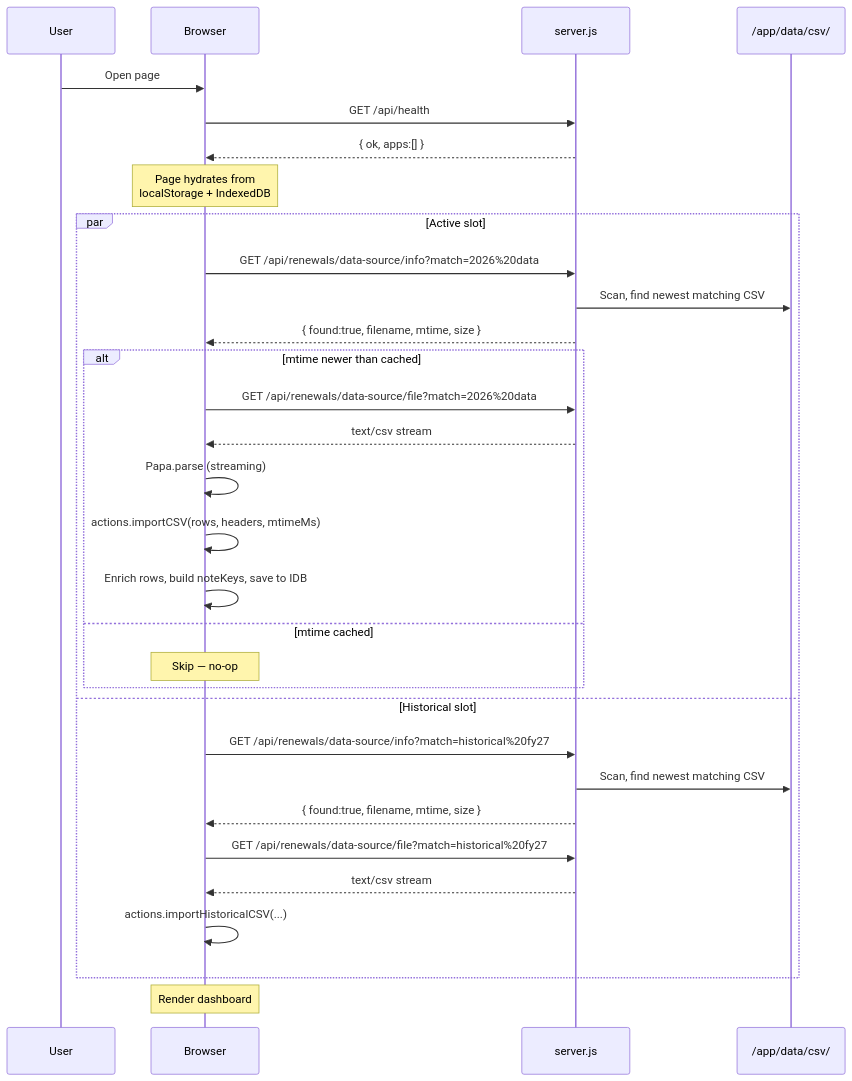
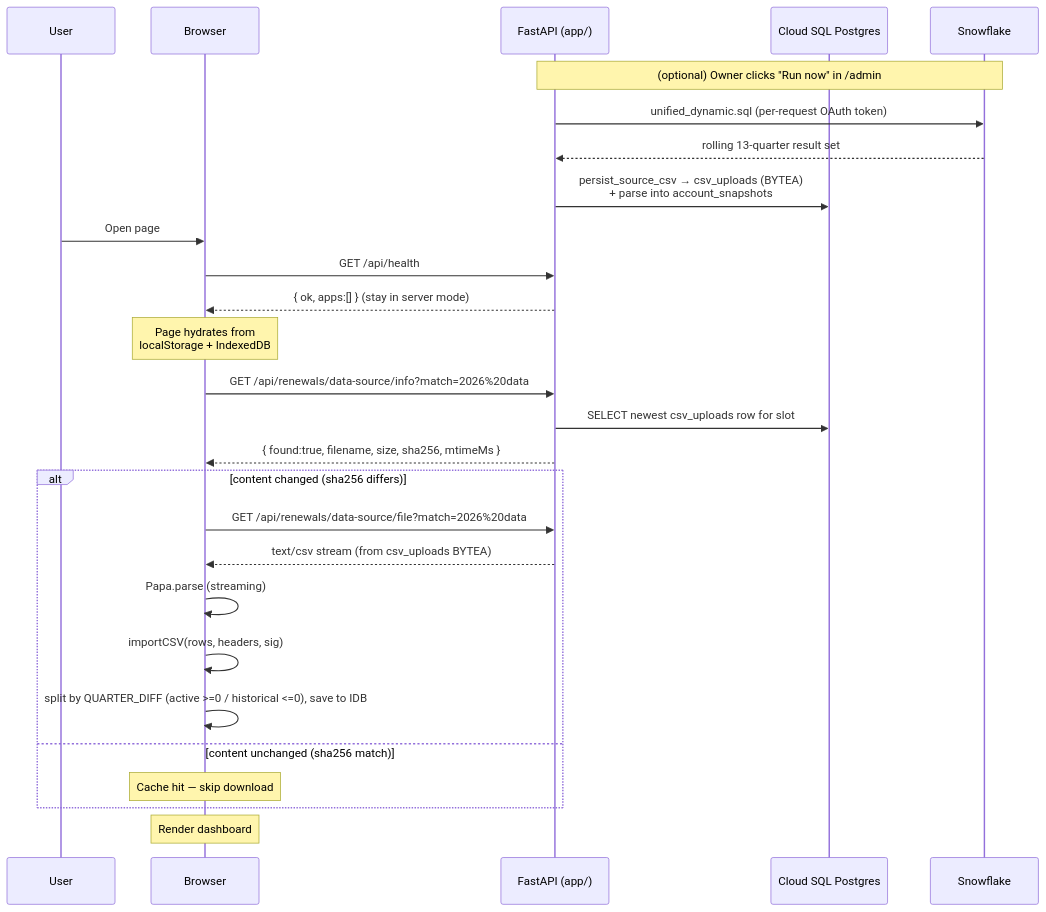
The sixth of 9 diagrams in CAPABILITIES.md (bryanrossello-collab/github_cx), drawn with Mermaid before and after one commit. The commit also changed other lines of this file and 10 other files, not shown here.

First line of the commit message:
Region ATR filter/de-dup fix, ingest double-insert guard, timestamped Run-now, and user activity tracking

````diff
--- a/CAPABILITIES.md
+++ b/CAPABILITIES.md
@@ -529,37 +638,34 @@
 ```mermaid
 sequenceDiagram
     participant User
     participant Browser
-    participant Server as server.js
-    participant FS as /app/data/csv/
+    participant Server as FastAPI (app/)
+    participant PG as Cloud SQL Postgres
+    participant SF as Snowflake
+
+    Note over Server,SF: (optional) Owner clicks "Run now" in /admin
+    Server->>SF: unified_dynamic.sql (per-request OAuth token)
+    SF-->>Server: rolling 13-quarter result set
+    Server->>PG: persist_source_csv → csv_uploads (BYTEA)<br/>+ parse into account_snapshots
 
     User->>Browser: Open page
     Browser->>Server: GET /api/health
-    Server-->>Browser: { ok, apps:[] }
+    Server-->>Browser: { ok, apps:[] }  (stay in server mode)
 
     Note over Browser: Page hydrates from<br/>localStorage + IndexedDB
 
-    par Active slot
-        Browser->>Server: GET /api/renewals/data-source/info?match=2026%20data
-        Server->>FS: Scan, find newest matching CSV
-        Server-->>Browser: { found:true, filename, mtime, size }
-        alt mtime newer than cached
-            Browser->>Server: GET /api/renewals/data-source/file?match=2026%20data
-            Server-->>Browser: text/csv stream
-            Browser->>Browser: Papa.parse (streaming)
-            Browser->>Browser: actions.importCSV(rows, headers, mtimeMs)
-            Browser->>Browser: Enrich rows, build noteKeys, save to IDB
-        else mtime cached
-            Note over Browser: Skip — no-op
-        end
-    and Historical slot
-        Browser->>Server: GET /api/renewals/data-source/info?match=historical%20fy27
-        Server->>FS: Scan, find newest matching CSV
-        Server-->>Browser: { found:true, filename, mtime, size }
-        Browser->>Server: GET /api/renewals/data-source/file?match=historical%20fy27
-        Server-->>Browser: text/csv stream
-        Browser->>Browser: actions.importHistoricalCSV(...)
+    Browser->>Server: GET /api/renewals/data-source/info?match=2026%20data
+    Server->>PG: SELECT newest csv_uploads row for slot
+    Server-->>Browser: { found:true, filename, size, sha256, mtimeMs }
+    alt content changed (sha256 differs)
+        Browser->>Server: GET /api/renewals/data-source/file?match=2026%20data
+        Server-->>Browser: text/csv stream (from csv_uploads BYTEA)
+        Browser->>Browser: Papa.parse (streaming)
+        Browser->>Browser: importCSV(rows, headers, sig)
+        Browser->>Browser: split by QUARTER_DIFF (active >=0 / historical <=0), save to IDB
+    else content unchanged (sha256 match)
+        Note over Browser: Cache hit — skip download
     end
 
     Note over Browser: Render dashboard
 ```
````
